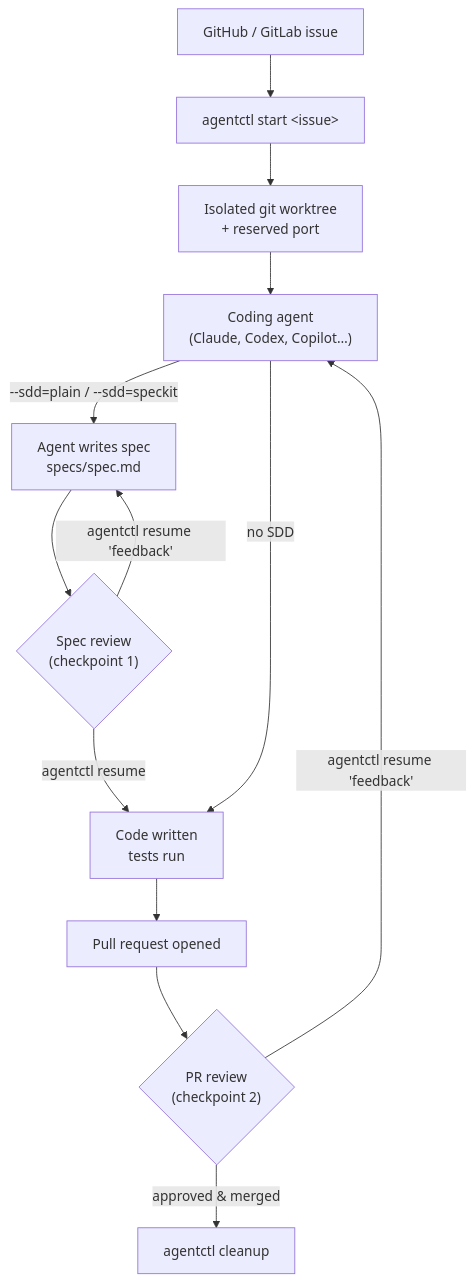
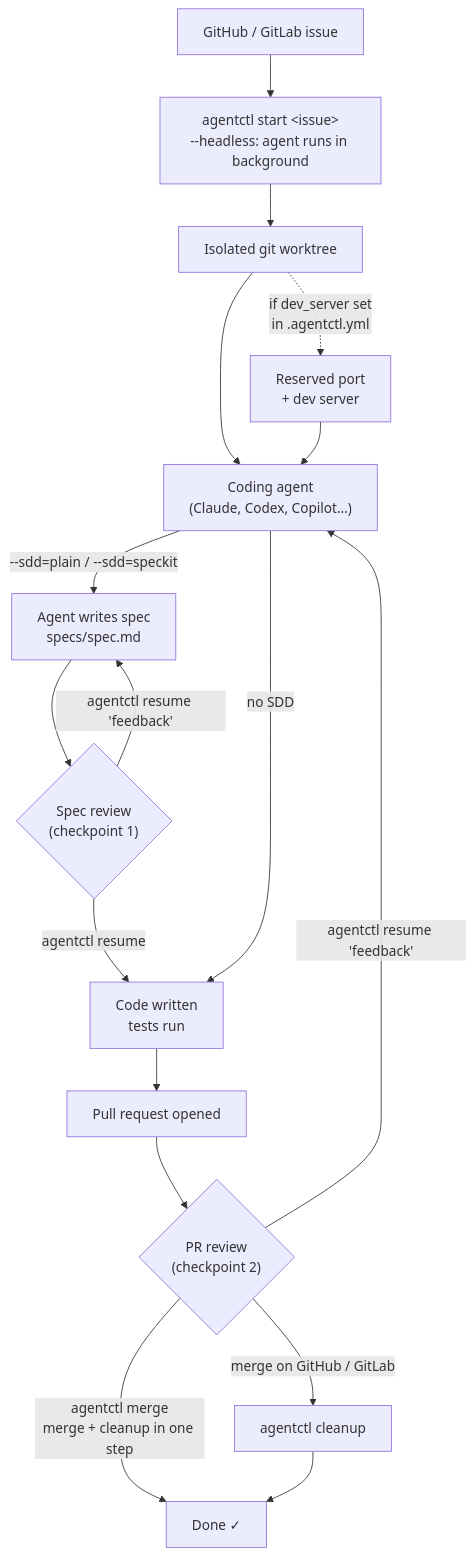
The diagram in README.md (arun-gupta/agentctl), drawn with Mermaid before and after one commit.

Commit message:
docs: refine README diagram — optional port, headless, agentctl merge

````diff
--- a/README.md
+++ b/README.md
@@ -60,18 +60,22 @@
 ```mermaid
 flowchart TD
-    issue["GitHub / GitLab issue"] --> start["agentctl start &lt;issue&gt;"]
-    start --> wt["Isolated git worktree\n+ reserved port"]
+    issue["GitHub / GitLab issue"] --> start["agentctl start &lt;issue&gt;\n--headless: agent runs in background"]
+    start --> wt["Isolated git worktree"]
+    wt -.->|"if dev_server set\nin .agentctl.yml"| port["Reserved port\n+ dev server"]
     wt --> agent["Coding agent\n(Claude, Codex, Copilot…)"]
+    port --> agent
 
     agent -->|"--sdd=plain / --sdd=speckit"| spec["Agent writes spec\nspecs/spec.md"]
     spec --> specreview{"Spec review\n(checkpoint 1)"}
     specreview -->|"agentctl resume 'feedback'"| spec
     specreview -->|"agentctl resume"| code
 
     agent -->|no SDD| code["Code written\ntests run"]
 
     code --> pr["Pull request opened"]
     pr --> prereview{"PR review\n(checkpoint 2)"}
     prereview -->|"agentctl resume 'feedback'"| agent
-    prereview -->|approved & merged| cleanup["agentctl cleanup"]
+    prereview -->|"merge on GitHub / GitLab"| cleanup["agentctl cleanup"]
+    prereview -->|"agentctl merge\nmerge + cleanup in one step"| done["Done ✓"]
+    cleanup --> done
 ```
````
